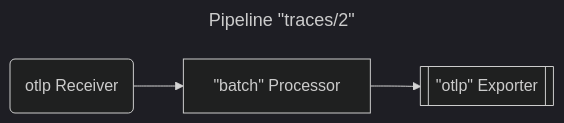
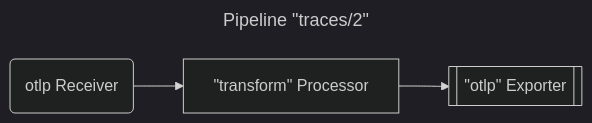
One commit to open-telemetry/opentelemetry.io changed the fifth of 7 diagrams in content/en/docs/collector/architecture.md. Above: the diagram before and after it, drawn with Mermaid (dark theme). The commit also changed other lines of this file and 11 other files, not shown here.

Commit message:
[content/en/docs] Remove references to the batch processor

````diff
--- a/content/en/docs/collector/architecture.md
+++ b/content/en/docs/collector/architecture.md
@@ -247,8 +250,8 @@
 ```mermaid
 ---
 title: Pipeline "traces/2"
 ---
 flowchart LR
-  R1("`otlp Receiver`") --> P1["`#quot;batch#quot; Processor`"]
+  R1("`otlp Receiver`") --> P1["`#quot;transform#quot; Processor`"]
   P1 --> E1[["`#quot;otlp#quot; Exporter`"]]
 ```
````
